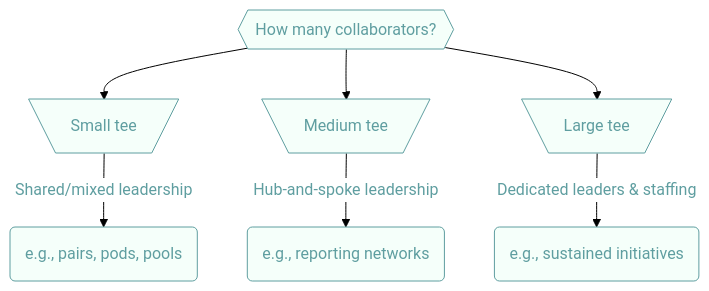
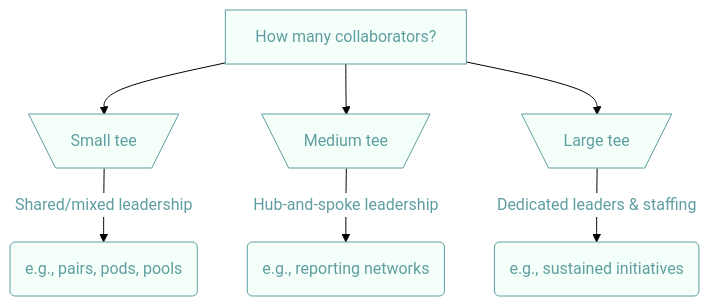
One commit to tiffehr/collaboration-capstone changed the first of 3 diagrams in docs/README.md. Above: the diagram before and after it, drawn with Mermaid. The commit also changed other lines of this file, not shown here.

Commit message:
broken graphs

```diff
--- a/docs/README.md
+++ b/docs/README.md
@@ -24,11 +24,11 @@
 <div class="mermaid">
 %%{init: {"theme": "base","themeVariables": { "background": "white", "primaryColor": "mintcream", "secondaryBorderColor": "cadetblue", "primaryTextColor": "cadetblue", "clusterBorder": "darkslategrey", "nodeBorder": "cadetblue", "clusterBkg": "white", "nodeTextColor": "darkslategrey", "defaultLinkColor": "cadetblue", "titleColor": "darkslategrey", "edgeLabelBackground": "white" }}}%%
 graph TD
-  A{{How many collaborators?}}
+  A[How many collaborators?]
     A --> S[\"Small" tee/]
       S -->|Shared/mixed leadership| sm(e.g., pairs, pods, pools)
     A --> M[\"Medium" tee/]
       M -->|Hub-and-spoke leadership| md(e.g., reporting networks)
     A --> L[\"Large" tee/]
       L -->|Dedicated leaders & staffing| lg(e.g., sustained initiatives)
 </div>
```
